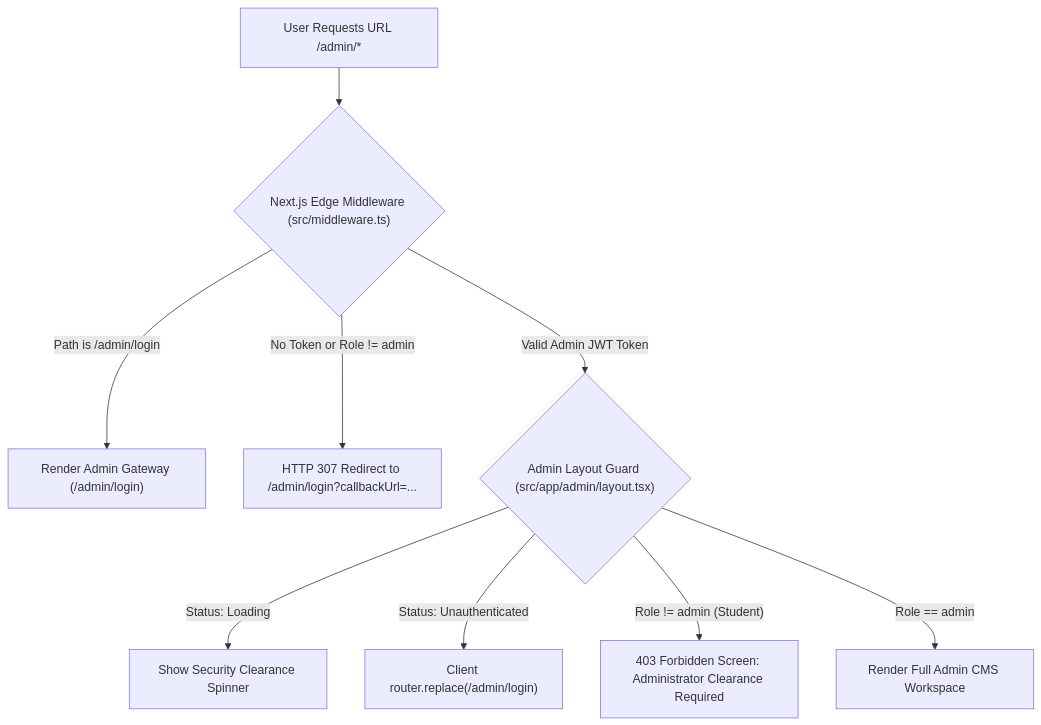
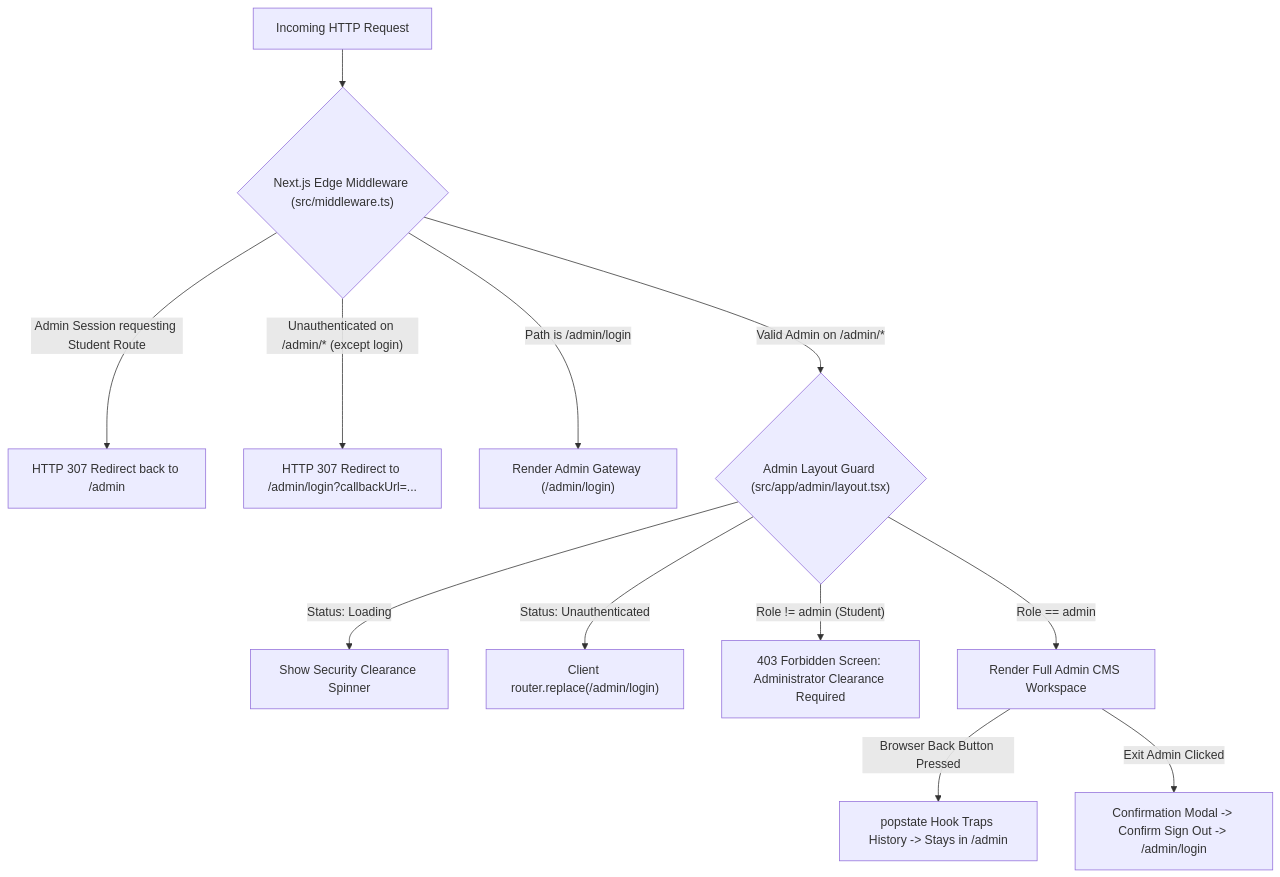
Before and after one commit to abilash008/NexusD: the diagram in DOCS/04-architecture/admin-security-and-role-perimeter.md, drawn with Mermaid. The commit also changed other lines of this file and 9 other files, not shown here.

Commit message:
feat(security): enforce admin isolation, block candidate login, back-button quarantine, exit confirmation modal, and custom signout page

````diff
--- a/DOCS/04-architecture/admin-security-and-role-perimeter.md
+++ b/DOCS/04-architecture/admin-security-and-role-perimeter.md
@@ -32,14 +35,17 @@
 ```mermaid
 flowchart TD
-    UserReq["User Requests URL /admin/*"] --> MW{"Next.js Edge Middleware (src/middleware.ts)"}
+    UserReq["Incoming HTTP Request"] --> MW{"Next.js Edge Middleware (src/middleware.ts)"}
     
+    MW -- "Admin Session requesting Student Route" --> RedirectAdmin["HTTP 307 Redirect back to /admin"]
+    MW -- "Unauthenticated on /admin/* (except login)" --> RedirectLogin["HTTP 307 Redirect to /admin/login?callbackUrl=..."]
     MW -- "Path is /admin/login" --> AllowLogin["Render Admin Gateway (/admin/login)"]
-    
-    MW -- "No Token or Role != admin" --> RedirectLogin["HTTP 307 Redirect to /admin/login?callbackUrl=..."]
-    MW -- "Valid Admin JWT Token" --> LayoutGate{"Admin Layout Guard (src/app/admin/layout.tsx)"}
+    MW -- "Valid Admin on /admin/*" --> LayoutGate{"Admin Layout Guard (src/app/admin/layout.tsx)"}
     
     LayoutGate -- "Status: Loading" --> Spinner["Show Security Clearance Spinner"]
     LayoutGate -- "Status: Unauthenticated" --> ClientRedirect["Client router.replace(/admin/login)"]
     LayoutGate -- "Role != admin (Student)" --> DeniedScreen["403 Forbidden Screen: Administrator Clearance Required"]
     LayoutGate -- "Role == admin" --> AdminCMS["Render Full Admin CMS Workspace"]
+    
+    AdminCMS -- "Browser Back Button Pressed" --> PopState["popstate Hook Traps History -> Stays in /admin"]
+    AdminCMS -- "Exit Admin Clicked" --> ExitModal["Confirmation Modal -> Confirm Sign Out -> /admin/login"]
 ```
````
